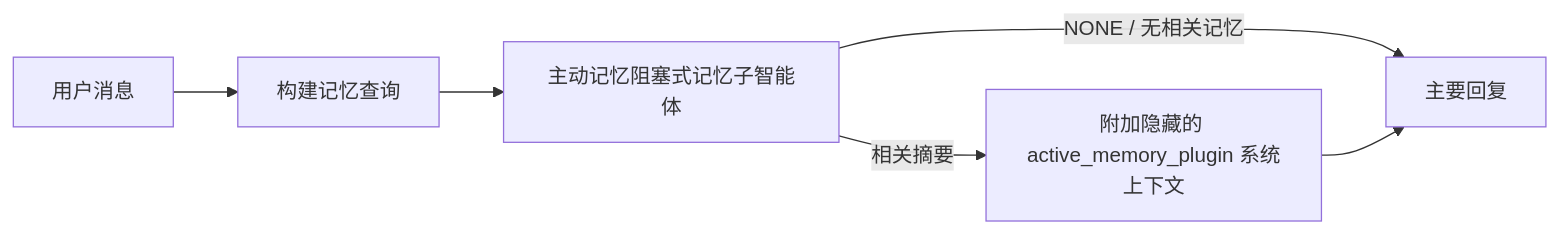
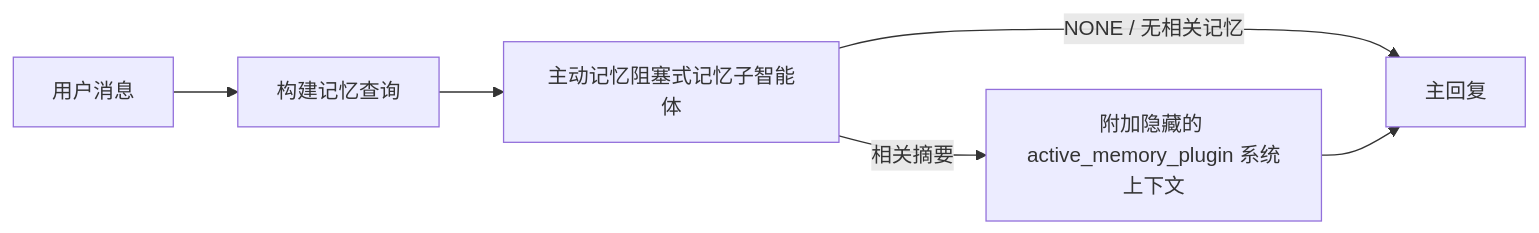
One commit to is0383kk/ai-docs-sync-workflow changed the diagram in openclaw-docs/zh-CN/concepts/active-memory.md. Above: the diagram before and after it, drawn with Mermaid. The commit also changed other lines of this file and 11096 other files, not shown here.

````diff
--- a/openclaw-docs/zh-CN/concepts/active-memory.md
+++ b/openclaw-docs/zh-CN/concepts/active-memory.md
@@ -73,8 +130,8 @@
 ```mermaid
 flowchart LR
   U["用户消息"] --> Q["构建记忆查询"]
   Q --> R["主动记忆阻塞式记忆子智能体"]
-  R -->|NONE / 无相关记忆| M["主要回复"]
+  R -->|NONE / 无相关记忆| M["主回复"]
   R -->|相关摘要| I["附加隐藏的 active_memory_plugin 系统上下文"]
-  I --> M["主要回复"]
+  I --> M["主回复"]
 ```
````
